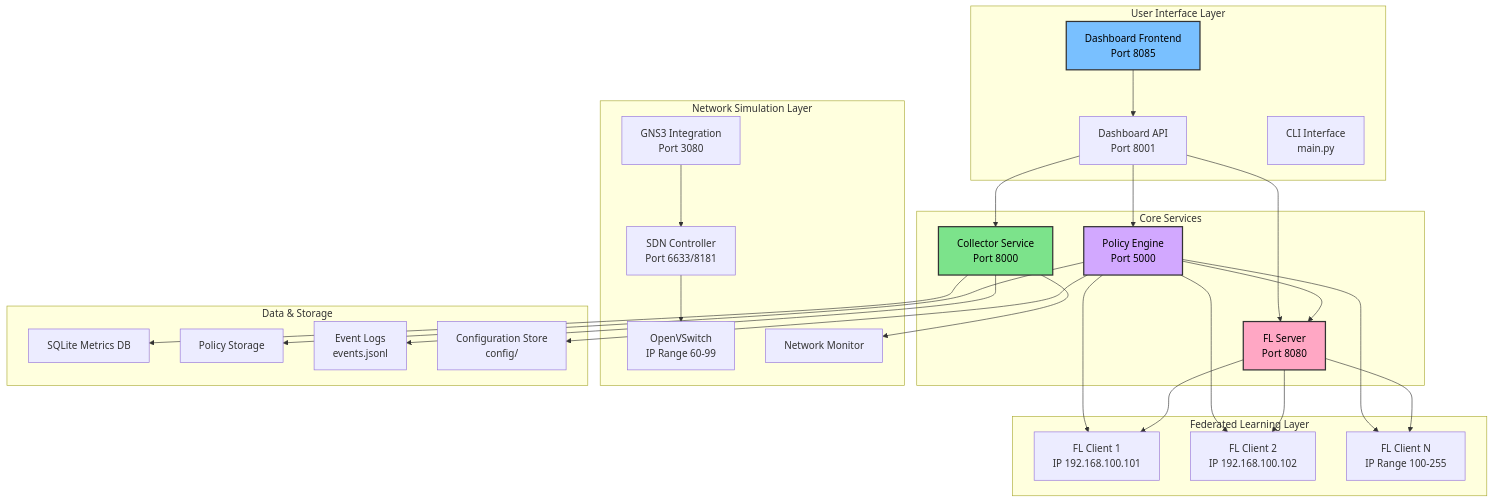
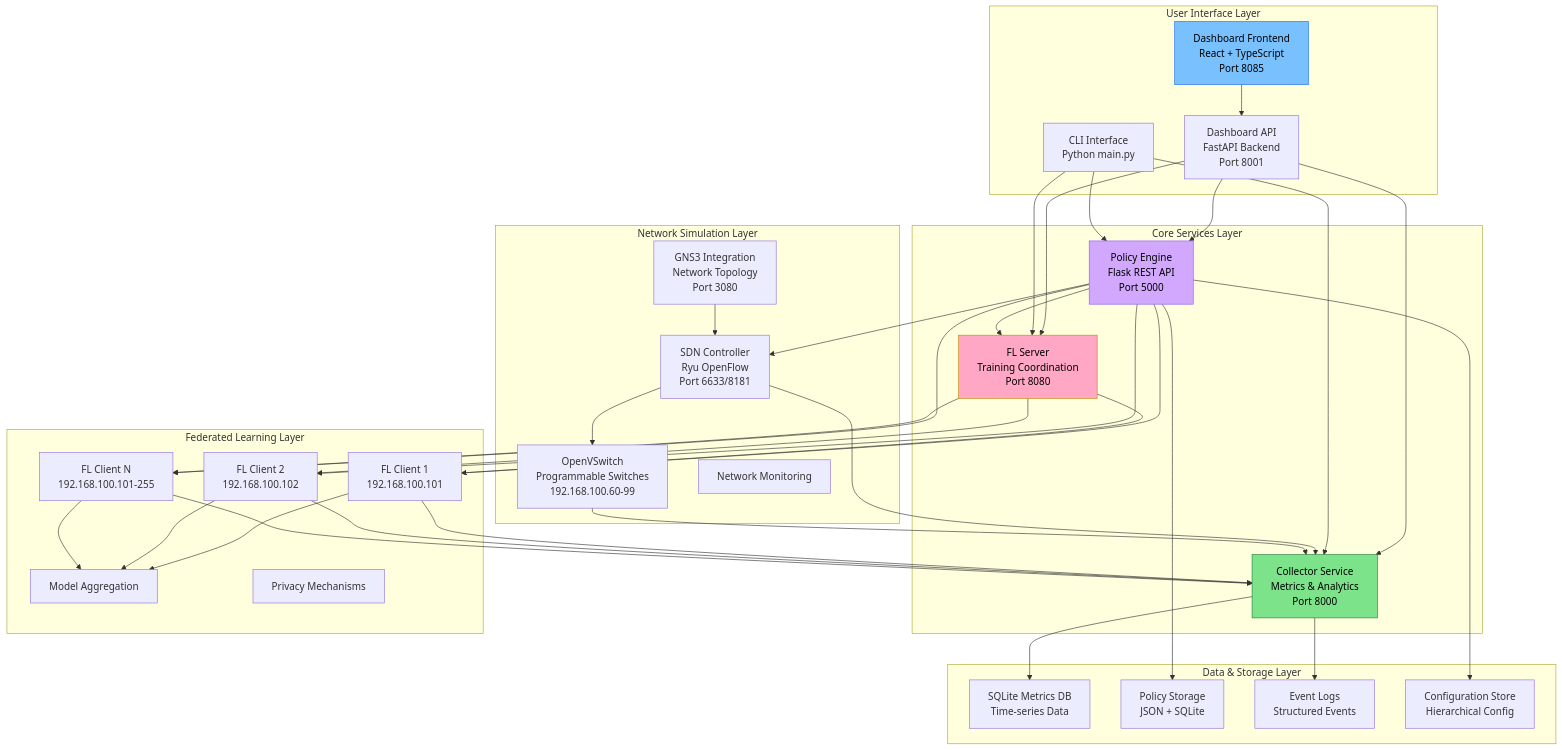
The first of 12 diagrams in docs/docs/architecture/overview.md (abdulmeLINK/flopy-net), drawn with Mermaid before and after one commit. The commit also changed other lines of this file and 147 other files, not shown here.

````diff
--- a/docs/docs/architecture/overview.md
+++ b/docs/docs/architecture/overview.md
@@ -11,58 +13,82 @@
 ```mermaid
 graph TB
     subgraph "User Interface Layer"
-        A[Dashboard Frontend<br/>Port 8085]
-        B[Dashboard API<br/>Port 8001]
-        C[CLI Interface<br/>main.py]
+        A[Dashboard Frontend<br/>React + TypeScript<br/>Port 8085]
+        B[Dashboard API<br/>FastAPI Backend<br/>Port 8001]
+        C[CLI Interface<br/>Python main.py]
     end
     
-    subgraph "Core Services"
-        D[Policy Engine<br/>Port 5000]
-        E[Collector Service<br/>Port 8000]
-        F[FL Server<br/>Port 8080]
+    subgraph "Core Services Layer"
+        D[Policy Engine<br/>Flask REST API<br/>Port 5000]
+        E[Collector Service<br/>Metrics & Analytics<br/>Port 8000]
+        F[FL Server<br/>Training Coordination<br/>Port 8080]
     end
     
     subgraph "Federated Learning Layer"
-        G[FL Client 1<br/>IP 192.168.100.101]
-        H[FL Client 2<br/>IP 192.168.100.102]
-        I[FL Client N<br/>IP Range 100-255]
+        G[FL Client 1<br/>192.168.100.101]
+        H[FL Client 2<br/>192.168.100.102]
+        I[FL Client N<br/>192.168.100.101-255]
+        J[Model Aggregation]
+        K[Privacy Mechanisms]
     end
     
     subgraph "Network Simulation Layer"
-        J[GNS3 Integration<br/>Port 3080]
-        K[SDN Controller<br/>Port 6633/8181]
-        L[OpenVSwitch<br/>IP Range 60-99]
-        M[Network Monitor]
+        L[GNS3 Integration<br/>Network Topology<br/>Port 3080]
+        M[SDN Controller<br/>Ryu OpenFlow<br/>Port 6633/8181]
+        N[OpenVSwitch<br/>Programmable Switches<br/>192.168.100.60-99]
+        O[Network Monitoring]
     end
     
-    subgraph "Data & Storage"
-        N[SQLite Metrics DB]
-        O[Policy Storage]
-        P[Event Logs<br/>events.jsonl]
-        Q[Configuration Store<br/>config/]
+    subgraph "Data & Storage Layer"
+        P[SQLite Metrics DB<br/>Time-series Data]
+        Q[Policy Storage<br/>JSON + SQLite]
+        R[Event Logs<br/>Structured Events]
+        S[Configuration Store<br/>Hierarchical Config]
     end
     
+    %% Data flows
     A --> B
     B --> D
     B --> E
     B --> F
+    C --> D
+    C --> E
+    C --> F
+    
+    %% Control flows
     D --> F
     D --> G
     D --> H
     D --> I
-    E --> M
+    D --> M
+    
+    %% FL flows
     F --> G
     F --> H
     F --> I
-    J --> K
-    K --> L
-    E --> N
-    D --> O
+    G --> J
+    H --> J
+    I --> J
+    
+    %% Network flows
+    L --> M
+    M --> N
+    
+    %% Storage flows
     E --> P
     D --> Q
+    E --> R
+    D --> S
     
-    style D fill:#d2a8ff,stroke:#333,stroke-width:2px,color:#000
-    style A fill:#79c0ff,stroke:#333,stroke-width:2px,color:#000
-    style E fill:#7ce38b,stroke:#333,stroke-width:2px,color:#000
-    style F fill:#ffa7c4,stroke:#333,stroke-width:2px,color:#000
+    %% Monitoring flows
+    G --> E
+    H --> E
+    I --> E
+    M --> E
+    N --> E
+    
+    style D fill:#d2a8ff,stroke:#8b5cf6,color:#000
+    style A fill:#79c0ff,stroke:#1f6feb,color:#000
+    style E fill:#7ce38b,stroke:#1a7f37,color:#000
+    style F fill:#ffa7c4,stroke:#bf8700,color:#000
 ```
````
